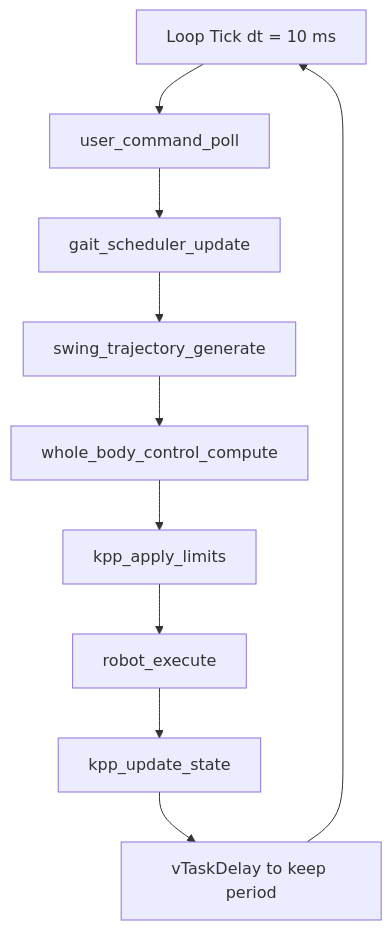
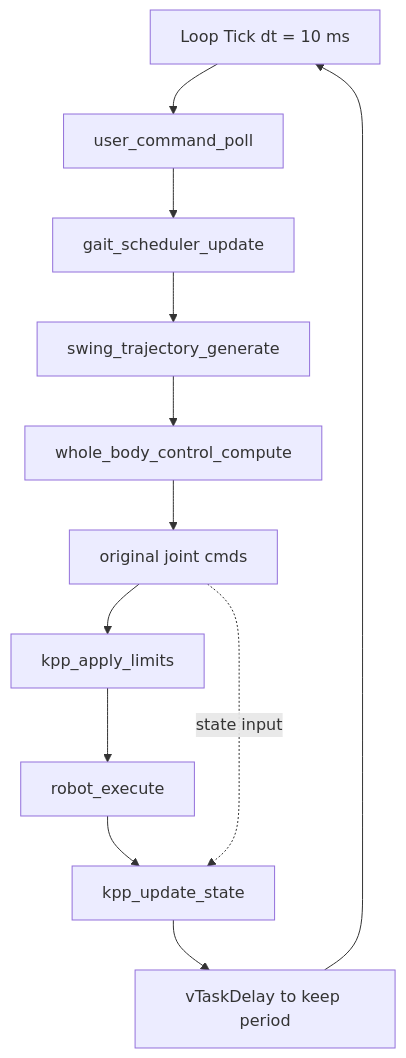
Before and after one commit to quick-brown-bot/hexapod: the second of 4 diagrams in COMPONENT_ARCHITECTURE_BASELINE.md, drawn with Mermaid. The commit also changed other lines of this file and 3 other files, not shown here.

````diff
--- a/COMPONENT_ARCHITECTURE_BASELINE.md
+++ b/COMPONENT_ARCHITECTURE_BASELINE.md
@@ -213,14 +213,16 @@
 ```mermaid
 flowchart TD
 		Start[Loop Tick dt = 10 ms]
 		Poll[user_command_poll]
 		Sched[gait_scheduler_update]
 		Traj[swing_trajectory_generate]
 		Body[whole_body_control_compute]
+		Orig[original joint cmds]
 		Limit[kpp_apply_limits]
 		Exec[robot_execute]
 		Est[kpp_update_state]
 		Delay[vTaskDelay to keep period]
 
-		Start --> Poll --> Sched --> Traj --> Body --> Limit --> Exec --> Est --> Delay --> Start
+		Start --> Poll --> Sched --> Traj --> Body --> Orig --> Limit --> Exec --> Est --> Delay --> Start
+		Orig -.state input.-> Est
 ```
````
